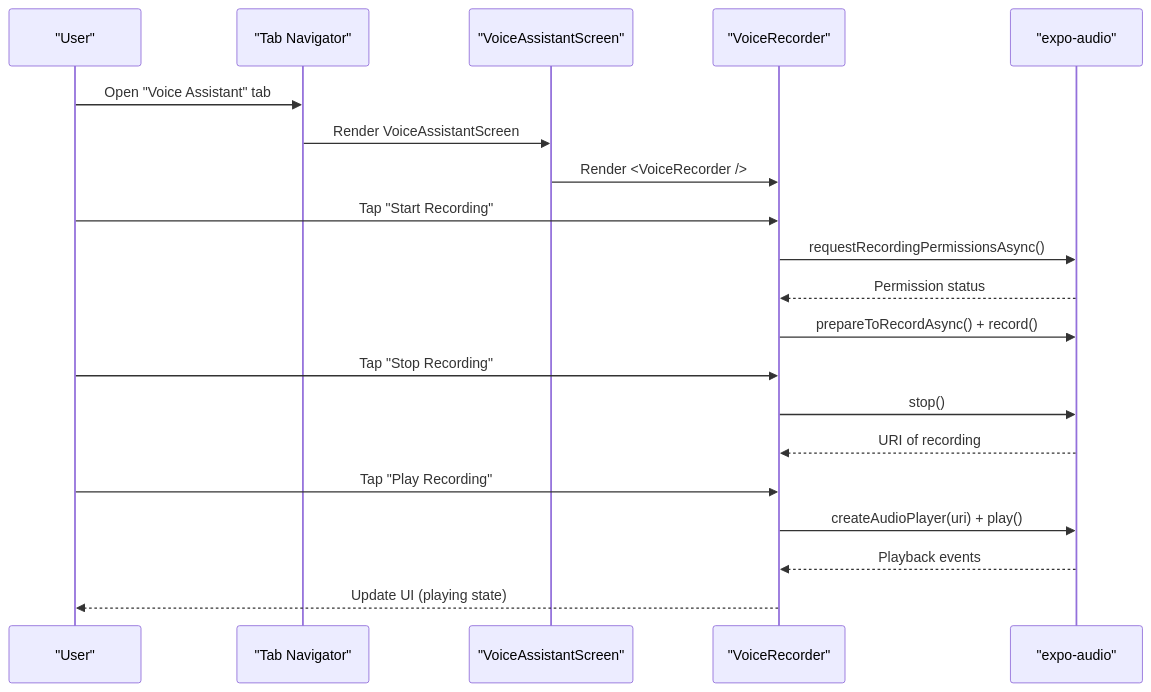
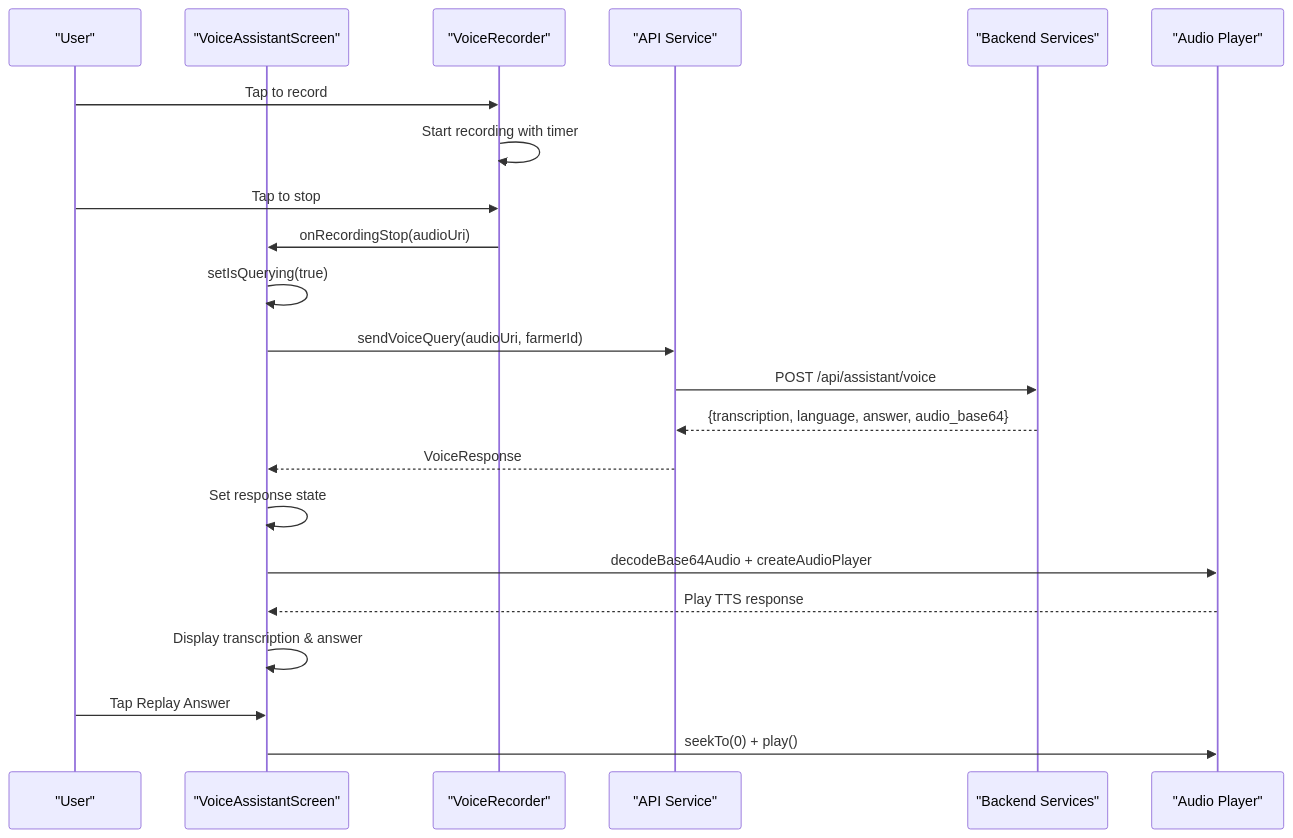
Before and after one commit to Aiman-Naeem/KisaanDost_AI_hackathon_Pakistan: the second of 4 diagrams in .qoder/repowiki/en/content/Voice Assistant Feature/Voice Assistant Screen Component.md, drawn with Mermaid. The commit also changed other lines of this file and 42 other files, not shown here.

Commit message:
Day 2: farmer identity persistence, voice UX polish, listing detail/edit/call, shared design system, QA pass

````diff
--- a/.qoder/repowiki/en/content/Voice Assistant Feature/Voice Assistant Screen Component.md
+++ b/.qoder/repowiki/en/content/Voice Assistant Feature/Voice Assistant Screen Component.md
@@ -69,22 +95,24 @@
 ```mermaid
 sequenceDiagram
 participant User as "User"
-participant Tab as "Tab Navigator"
 participant Screen as "VoiceAssistantScreen"
 participant Recorder as "VoiceRecorder"
-participant Audio as "expo-audio"
-User->>Tab : Open "Voice Assistant" tab
-Tab->>Screen : Render VoiceAssistantScreen
-Screen->>Recorder : Render <VoiceRecorder />
-User->>Recorder : Tap "Start Recording"
-Recorder->>Audio : requestRecordingPermissionsAsync()
-Audio-->>Recorder : Permission status
-Recorder->>Audio : prepareToRecordAsync() + record()
-User->>Recorder : Tap "Stop Recording"
-Recorder->>Audio : stop()
-Audio-->>Recorder : URI of recording
-User->>Recorder : Tap "Play Recording"
-Recorder->>Audio : createAudioPlayer(uri) + play()
-Audio-->>Recorder : Playback events
-Recorder-->>User : Update UI (playing state)
+participant API as "API Service"
+participant Backend as "Backend Services"
+participant Audio as "Audio Player"
+User->>Recorder : Tap to record
+Recorder->>Recorder : Start recording with timer
+User->>Recorder : Tap to stop
+Recorder->>Screen : onRecordingStop(audioUri)
+Screen->>Screen : setIsQuerying(true)
+Screen->>API : sendVoiceQuery(audioUri, farmerId)
+API->>Backend : POST /api/assistant/voice
+Backend-->>API : {transcription, language, answer, audio_base64}
+API-->>Screen : VoiceResponse
+Screen->>Screen : Set response state
+Screen->>Audio : decodeBase64Audio + createAudioPlayer
+Audio-->>Screen : Play TTS response
+Screen->>Screen : Display transcription & answer
+User->>Screen : Tap Replay Answer
+Screen->>Audio : seekTo(0) + play()
 ```
````
